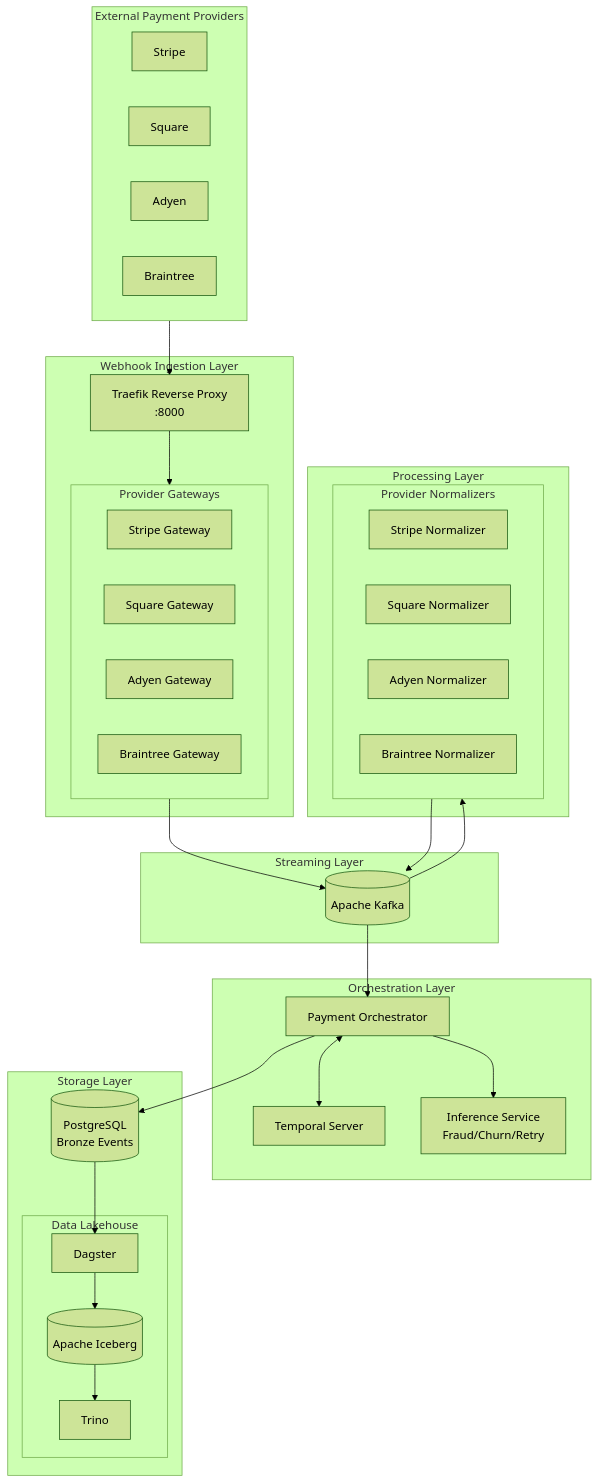
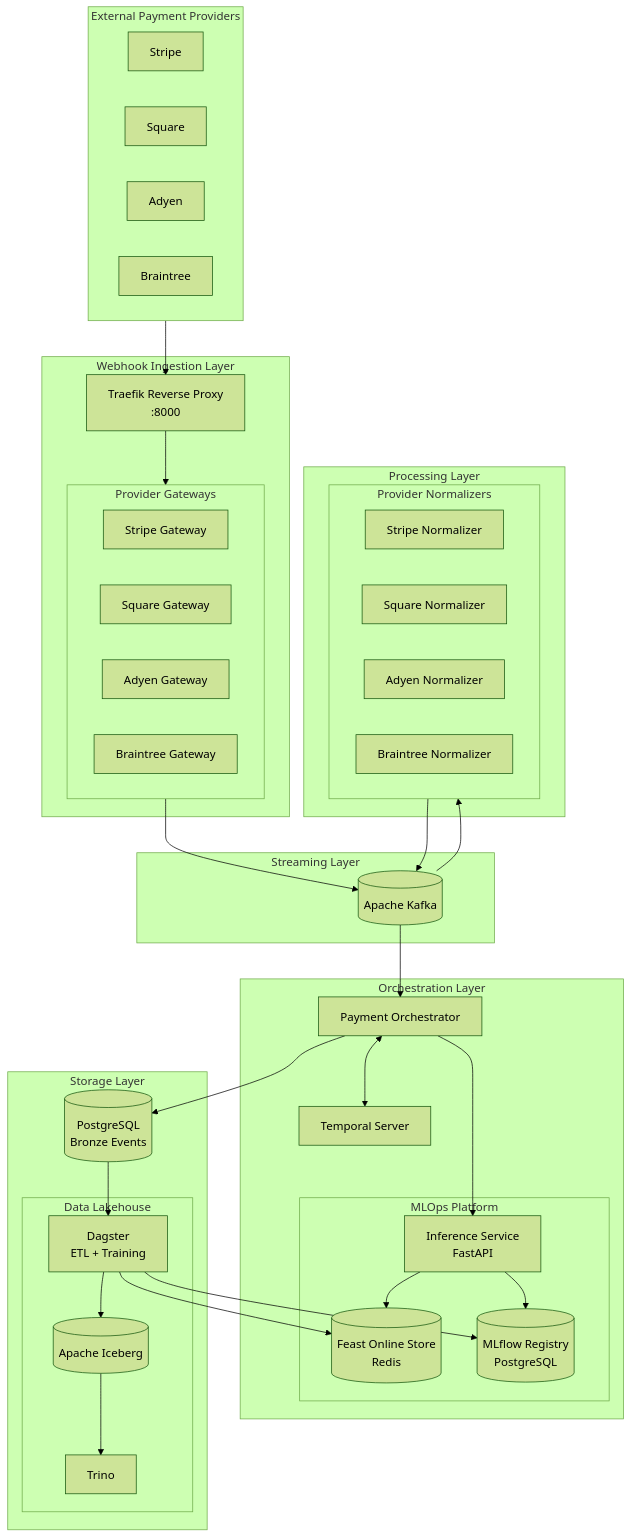
Before and after one commit to SDBurt/mlops-mentorship-project: the first of 22 diagrams in docs/diagrams/architecture-diagrams.md, drawn with Mermaid (forest theme). The commit also changed other lines of this file and 4 other files, not shown here.

````diff
--- a/docs/diagrams/architecture-diagrams.md
+++ b/docs/diagrams/architecture-diagrams.md
@@ -39,60 +45,68 @@
 ```mermaid
 flowchart TB
     subgraph External["External Payment Providers"]
         Stripe[Stripe]
         Square[Square]
         Adyen[Adyen]
         Braintree[Braintree]
     end
 
     subgraph Ingestion["Webhook Ingestion Layer"]
         Traefik[Traefik Reverse Proxy<br/>:8000]
         subgraph Gateways["Provider Gateways"]
             SG[Stripe Gateway]
             SQG[Square Gateway]
             AG[Adyen Gateway]
             BG[Braintree Gateway]
         end
     end
 
     subgraph Streaming["Streaming Layer"]
         Kafka[(Apache Kafka)]
     end
 
     subgraph Processing["Processing Layer"]
         subgraph Normalizers["Provider Normalizers"]
             SN[Stripe Normalizer]
             SQN[Square Normalizer]
             AN[Adyen Normalizer]
             BN[Braintree Normalizer]
         end
     end
 
     subgraph Orchestration["Orchestration Layer"]
         Temporal[Temporal Server]
         Orchestrator[Payment Orchestrator]
-        Inference[Inference Service<br/>Fraud/Churn/Retry]
+        subgraph MLOps["MLOps Platform"]
+            Inference[Inference Service<br/>FastAPI]
+            Feast[(Feast Online Store<br/>Redis)]
+            MLflow[(MLflow Registry<br/>PostgreSQL)]
+        end
     end
 
     subgraph Storage["Storage Layer"]
         PostgreSQL[(PostgreSQL<br/>Bronze Events)]
         subgraph Lakehouse["Data Lakehouse"]
-            Dagster[Dagster]
+            Dagster[Dagster<br/>ETL + Training]
             Iceberg[(Apache Iceberg)]
             Trino[Trino]
         end
     end
 
     External --> Traefik
     Traefik --> Gateways
     Gateways --> Kafka
     Kafka --> Normalizers
     Normalizers --> Kafka
     Kafka --> Orchestrator
     Orchestrator <--> Temporal
     Orchestrator --> Inference
+    Inference --> Feast
+    Inference --> MLflow
     Orchestrator --> PostgreSQL
     PostgreSQL --> Dagster
     Dagster --> Iceberg
+    Dagster --> MLflow
+    Dagster --> Feast
     Iceberg --> Trino
 ```
````
